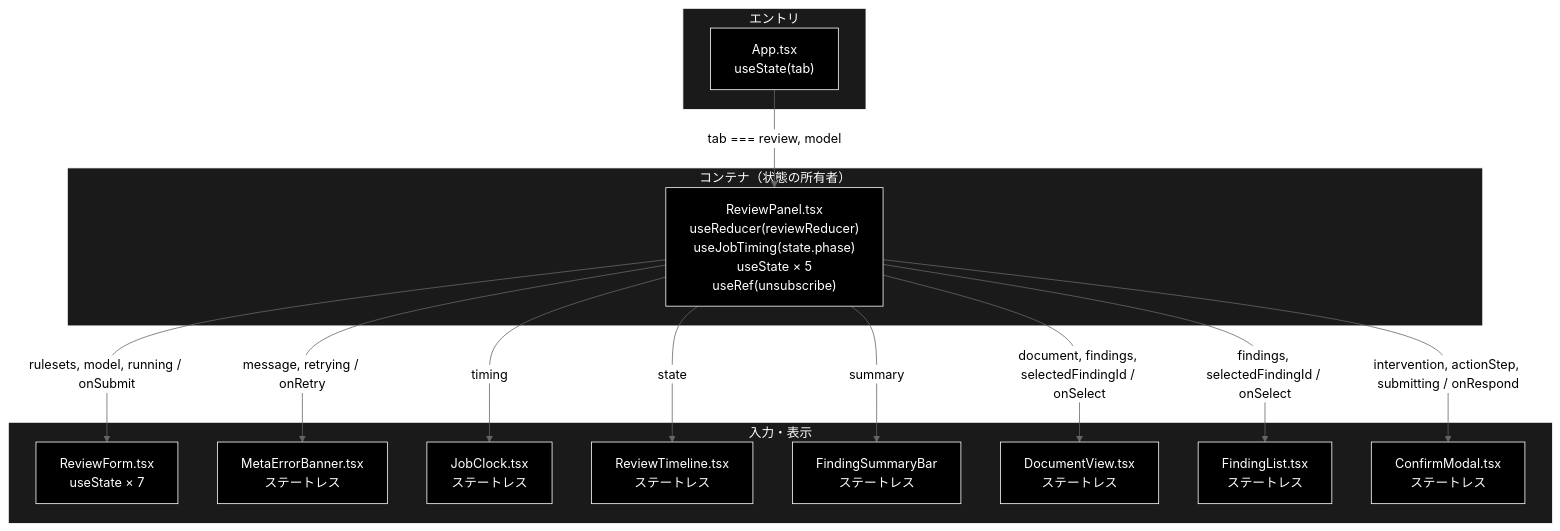
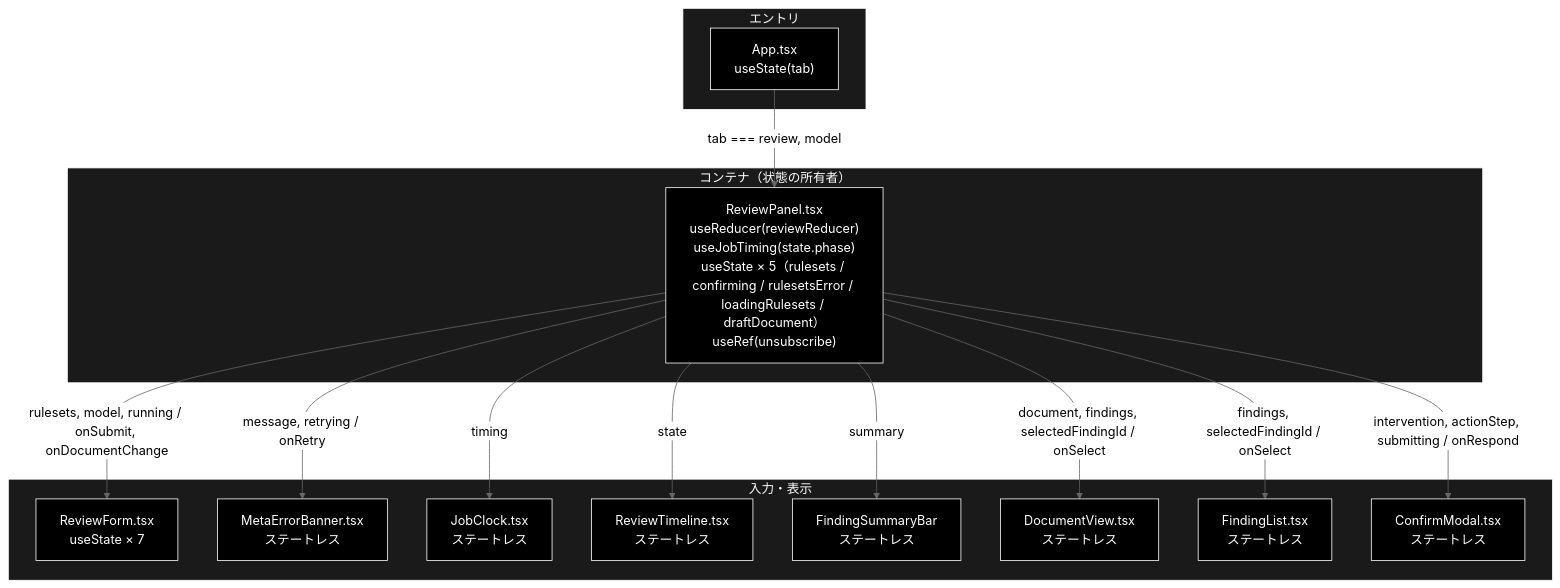
One commit to nakashima2toshio/grace_v2_local changed the second of 6 diagrams in frontend/docs/ReviewPanel.md. Above: the diagram before and after it, drawn with Mermaid (neutral theme). The commit also changed other lines of this file and 39 other files, not shown here.

````diff
--- a/frontend/docs/ReviewPanel.md
+++ b/frontend/docs/ReviewPanel.md
@@ -111,34 +111,34 @@
 ```mermaid
 flowchart TB
     subgraph Entry["エントリ"]
         App["App.tsx<br>useState(tab)"]
     end
     subgraph Container["コンテナ（状態の所有者）"]
-        RP["ReviewPanel.tsx<br>useReducer(reviewReducer)<br>useJobTiming(state.phase)<br>useState × 5<br>useRef(unsubscribe)"]
+        RP["ReviewPanel.tsx<br>useReducer(reviewReducer)<br>useJobTiming(state.phase)<br>useState × 5（rulesets / confirming / rulesetsError / loadingRulesets / draftDocument）<br>useRef(unsubscribe)"]
     end
     subgraph Presentational["入力・表示"]
         RF["ReviewForm.tsx<br>useState × 7"]
         MEB["MetaErrorBanner.tsx<br>ステートレス"]
         JC["JobClock.tsx<br>ステートレス"]
         RT["ReviewTimeline.tsx<br>ステートレス"]
         FS["FindingSummaryBar<br>ステートレス"]
         DV["DocumentView.tsx<br>ステートレス"]
         FL["FindingList.tsx<br>ステートレス"]
         CM["ConfirmModal.tsx<br>ステートレス"]
     end
     App -->|"tab === review, model"| RP
-    RP -->|"rulesets, model, running / onSubmit"| RF
+    RP -->|"rulesets, model, running / onSubmit, onDocumentChange"| RF
     RP -->|"message, retrying / onRetry"| MEB
     RP -->|"timing"| JC
     RP -->|"state"| RT
     RP -->|"summary"| FS
     RP -->|"document, findings, selectedFindingId / onSelect"| DV
     RP -->|"findings, selectedFindingId / onSelect"| FL
     RP -->|"intervention, actionStep, submitting / onRespond"| CM
 classDef default fill:#000,stroke:#fff,color:#fff
 classDef subgraphStyle fill:#1a1a1a,stroke:#fff,color:#fff
 class App,RP,RF,MEB,JC,RT,FS,DV,FL,CM default
 style Entry fill:#1a1a1a,stroke:#fff,color:#fff
 style Container fill:#1a1a1a,stroke:#fff,color:#fff
 style Presentational fill:#1a1a1a,stroke:#fff,color:#fff
 ```
````
